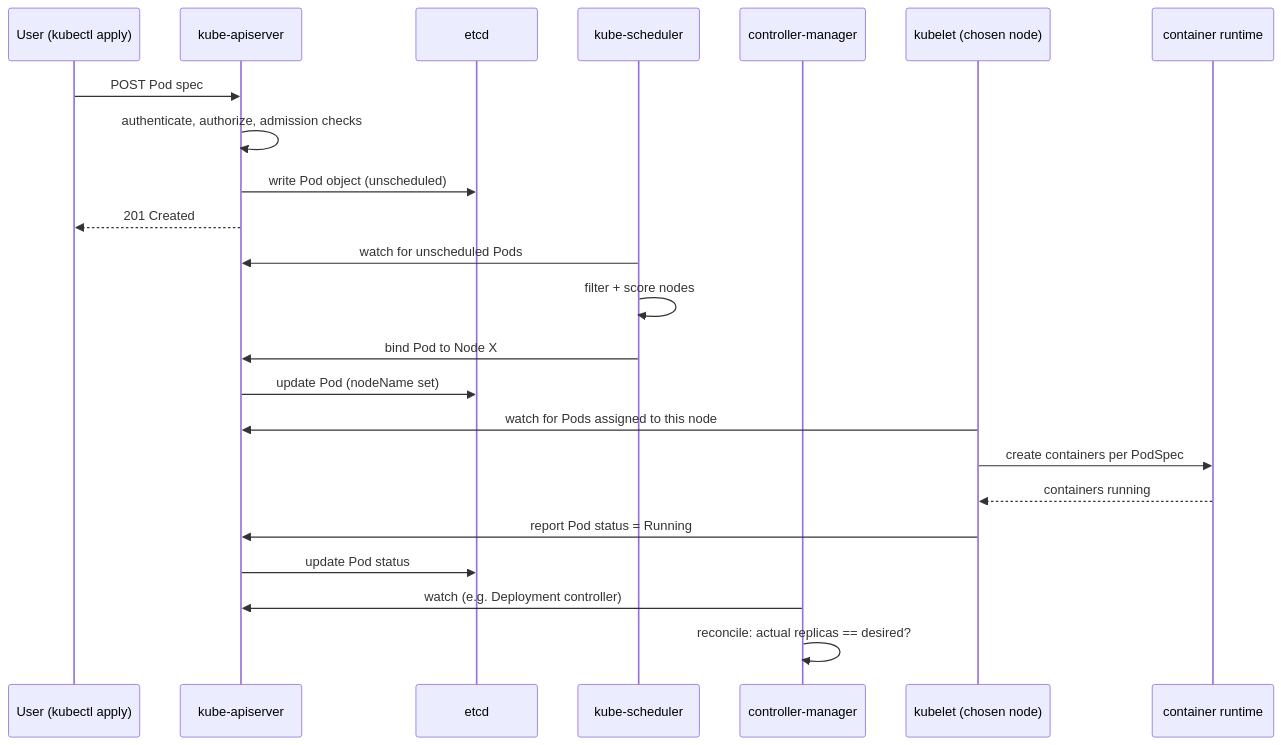
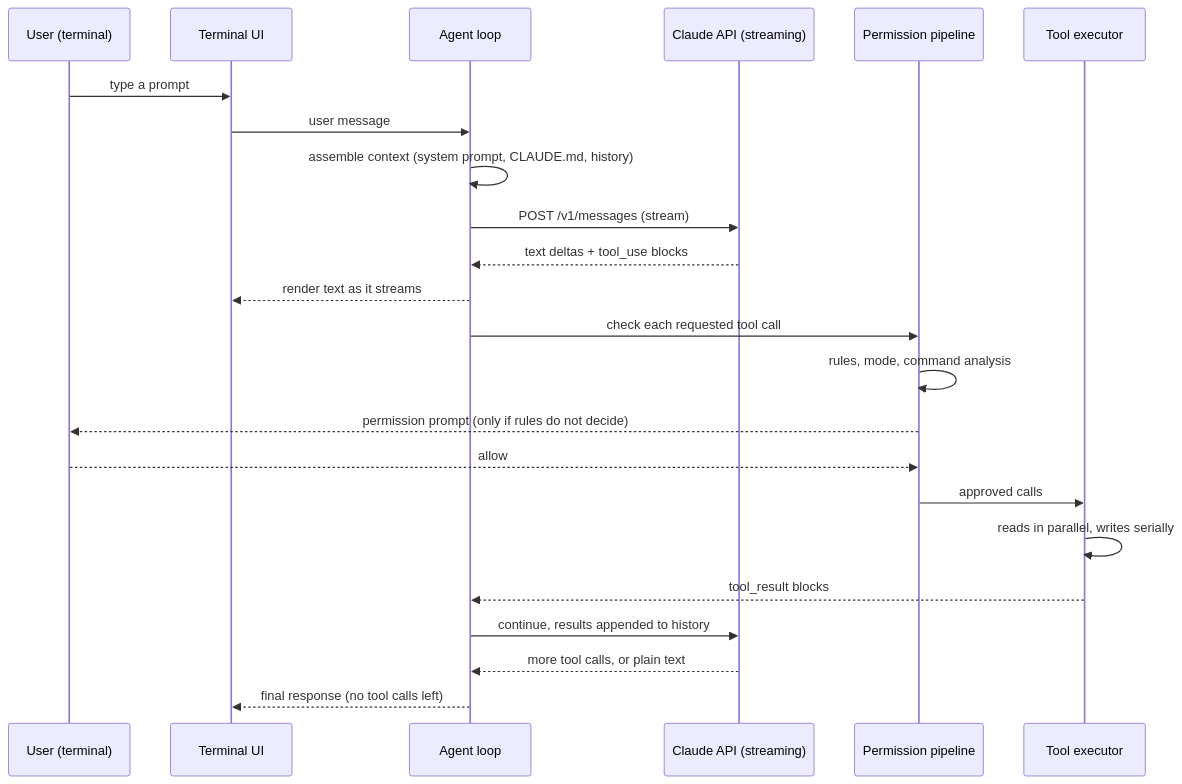
Before and after one commit to squiredocs/squiredocs: the second of 4 diagrams in blog/let-your-agent-draw-the-architecture.md, drawn with Mermaid. The commit also changed other lines of this file, not shown here.

First line of the commit message:
blog(architecture): swap the example from Kubernetes to Claude Code's internals

````diff
--- a/blog/let-your-agent-draw-the-architecture.md
+++ b/blog/let-your-agent-draw-the-architecture.md
@@ -67,29 +49,28 @@
 ```mermaid
 sequenceDiagram
-    participant U as User (kubectl apply)
-    participant API as kube-apiserver
-    participant ETCD as etcd
-    participant SCHED as kube-scheduler
-    participant CM as controller-manager
-    participant KUBELET as kubelet (chosen node)
-    participant CRI as container runtime
+    participant U as User (terminal)
+    participant TUI as Terminal UI
+    participant AGENT as Agent loop
+    participant API as Claude API (streaming)
+    participant PERM as Permission pipeline
+    participant EXEC as Tool executor
 
-    U->>API: POST Pod spec
-    API->>API: authenticate, authorize, admission checks
-    API->>ETCD: write Pod object (unscheduled)
-    API-->>U: 201 Created
+    U->>TUI: type a prompt
+    TUI->>AGENT: user message
+    AGENT->>AGENT: assemble context (system prompt, CLAUDE.md, history)
+    AGENT->>API: POST /v1/messages (stream)
+    API-->>AGENT: text deltas + tool_use blocks
+    AGENT-->>TUI: render text as it streams
 
-    SCHED->>API: watch for unscheduled Pods
-    SCHED->>SCHED: filter + score nodes
-    SCHED->>API: bind Pod to Node X
-    API->>ETCD: update Pod (nodeName set)
+    AGENT->>PERM: check each requested tool call
+    PERM->>PERM: rules, mode, command analysis
+    PERM-->>U: permission prompt (only if rules do not decide)
+    U-->>PERM: allow
+    PERM->>EXEC: approved calls
+    EXEC->>EXEC: reads in parallel, writes serially
+    EXEC-->>AGENT: tool_result blocks
 
-    KUBELET->>API: watch for Pods assigned to this node
-    KUBELET->>CRI: create containers per PodSpec
-    CRI-->>KUBELET: containers running
-    KUBELET->>API: report Pod status = Running
-    API->>ETCD: update Pod status
-
-    CM->>API: watch (e.g. Deployment controller)
-    CM->>CM: reconcile: actual replicas == desired?
+    AGENT->>API: continue, results appended to history
+    API-->>AGENT: more tool calls, or plain text
+    AGENT-->>TUI: final response (no tool calls left)
 ```
````
